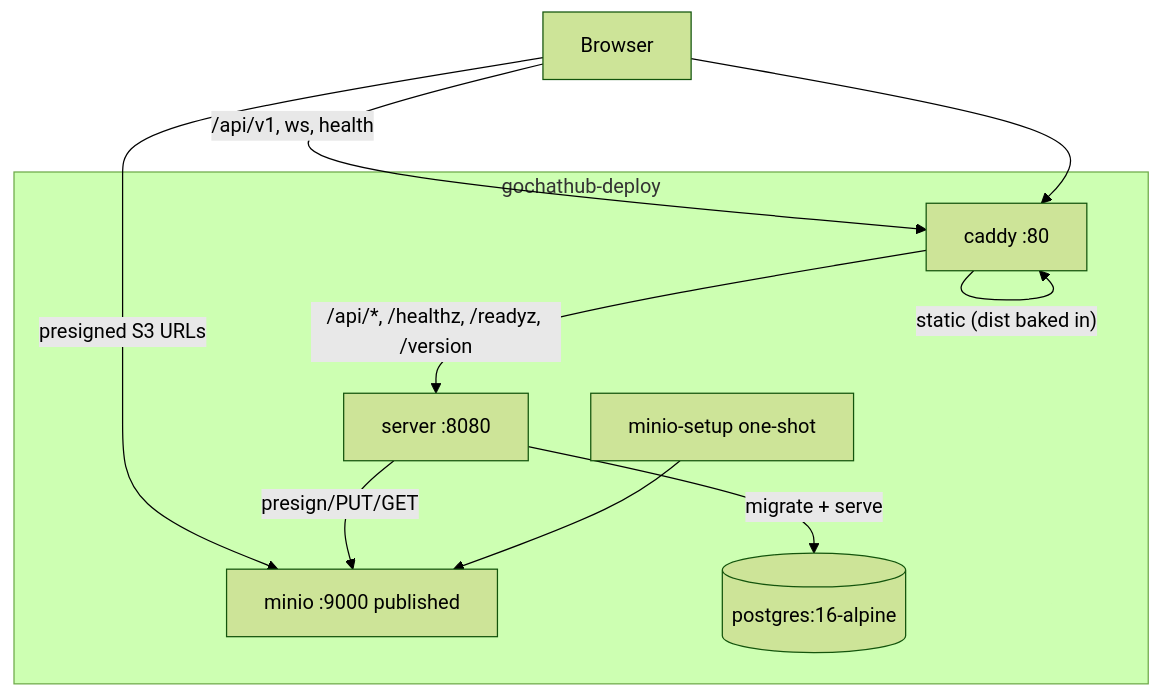
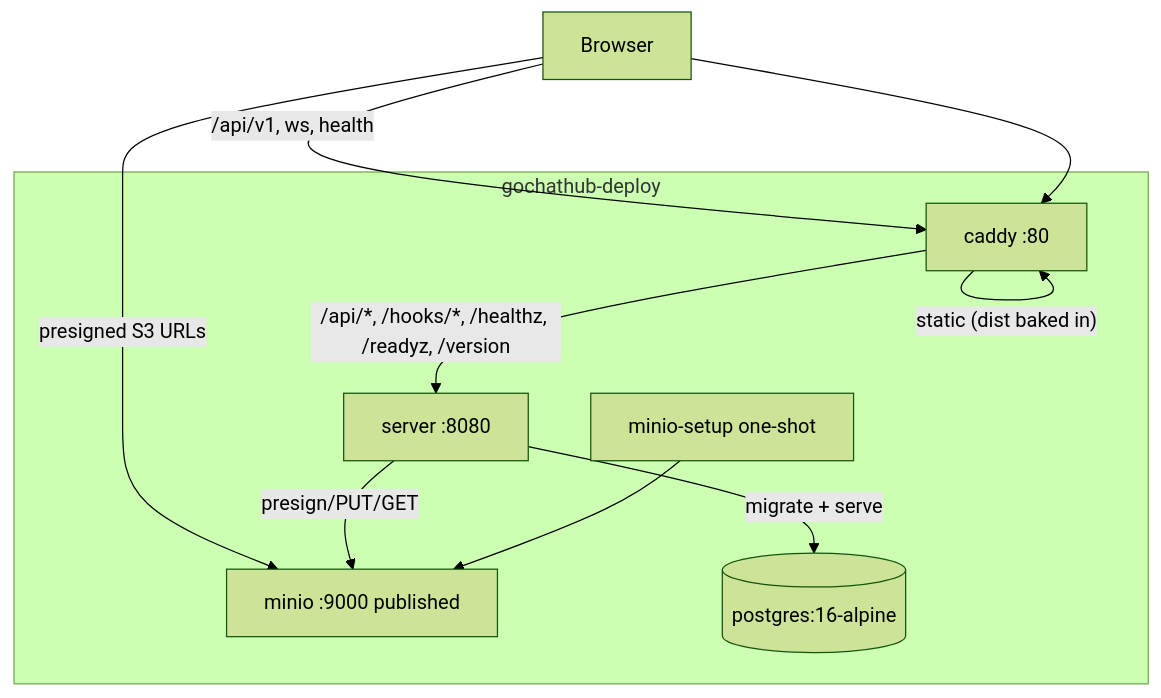
The diagram in docs/DESIGN.md (gochathub/gochatinstaller), drawn with Mermaid (forest theme) before and after one commit. The commit also changed other lines of this file and 2 other files, not shown here.

Commit message:
Route /hooks/* to the server; pin server 3406fc4 (inbound webhooks) - Caddyfile, DESIGN: /hooks/* goes to the server; otherwise webhook POSTs hit the SPA fallback and return 200 with index.html - pins.env: server 3406fc4 (POST /hooks/{id}/{secret}, webhook CLI, migration 004); webui pin unchanged

````diff
--- a/docs/DESIGN.md
+++ b/docs/DESIGN.md
@@ -45,18 +45,18 @@
 ```mermaid
 graph TB
   B[Browser] -- /api/v1, ws, health --> C[caddy :80]
   B[Browser] --> C
   B[Browser] -- presigned S3 URLs --> M[minio :9000 published]
   C -- static (dist baked in) --> C
-  C -- /api/*, /healthz, /readyz, /version --> S[server :8080]
+  C -- /api/*, /hooks/*, /healthz, /readyz, /version --> S[server :8080]
   S -- migrate + serve --> P[(postgres:16-alpine)]
   S -- presign/PUT/GET --> M
   MC[minio-setup one-shot] --> M
   subgraph gochathub-deploy
     C
     S
     P
     M
     MC
   end
 ```
````
